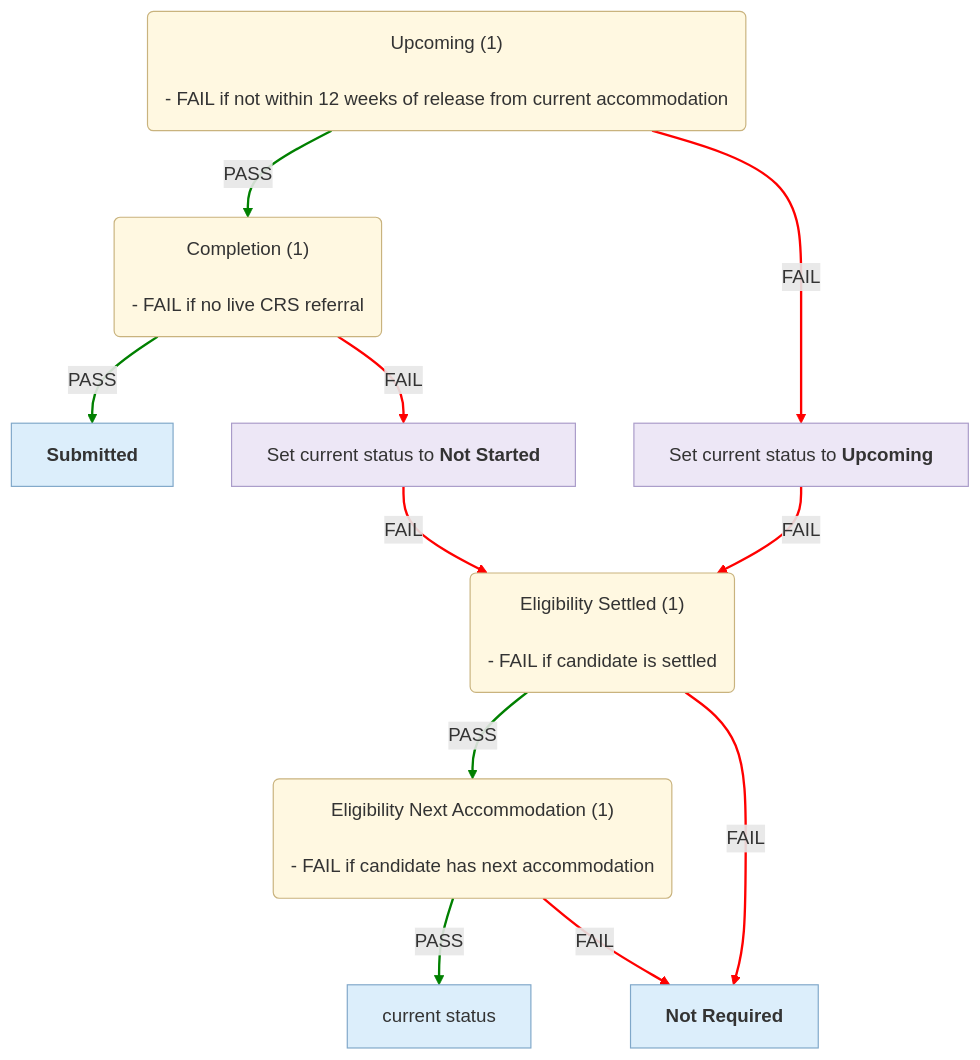
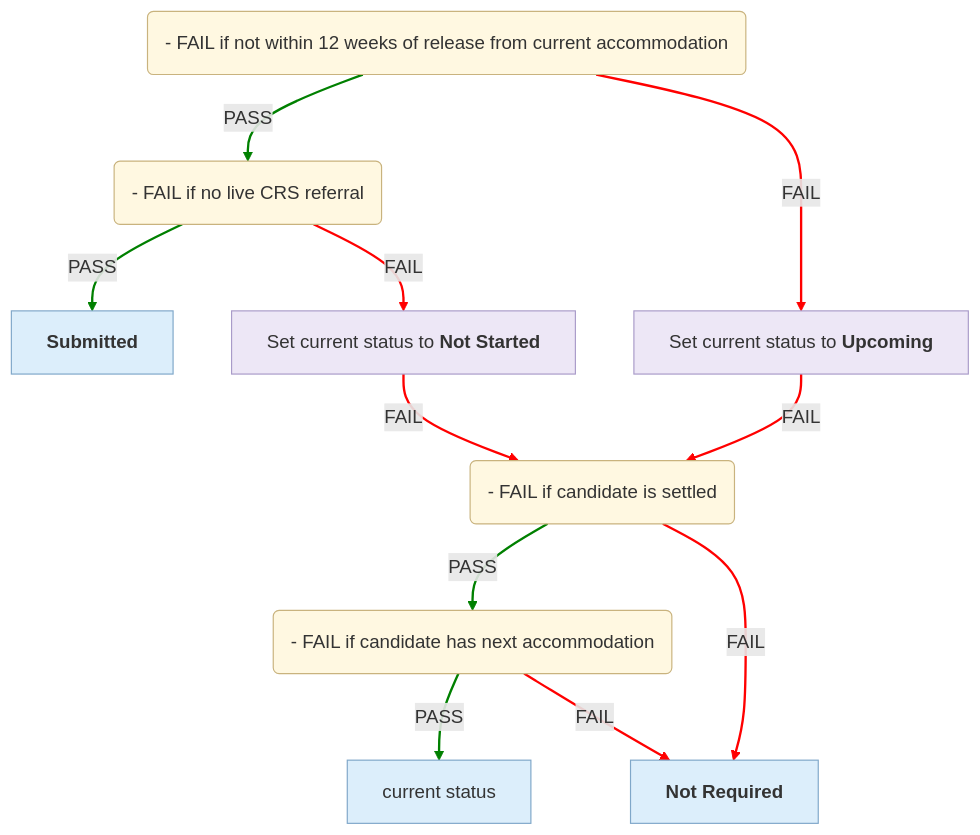
One commit to uk-gov-mirror/ministryofjustice.hmpps-single-accommodation-service-api changed the fourth of 6 diagrams in docs/eligibility-rules-graph.md. Above: the diagram before and after it, drawn with Mermaid. The commit also changed other lines of this file, not shown here.

Commit message:
chore/SAS-1532-Use-UI-statuses-in-graph-instead-of-enums

````diff
--- a/docs/eligibility-rules-graph.md
+++ b/docs/eligibility-rules-graph.md
@@ -457,39 +421,31 @@
 ```mermaid
 %%{init: {"flowchart": {"wrappingWidth": 800}}}%%
 flowchart TD
-  Upcoming("Upcoming (1)
-
-- FAIL if not within 12 weeks of release from current accommodation")
-  Completion("Completion (1)
-
-- FAIL if no live CRS referral")
+  Upcoming("- FAIL if not within 12 weeks of release from current accommodation")
+  Completion("- FAIL if no live CRS referral")
   Submitted["<b>Submitted</b>"]
   updater_Set_current_status_to_Not_Started["Set current status to <b>Not Started</b>"]
-  Eligibility_Settled("Eligibility Settled (1)
-
-- FAIL if candidate is settled")
-  Eligibility_Next_Accommodation("Eligibility Next Accommodation (1)
-
-- FAIL if candidate has next accommodation")
+  Eligibility_Settled("- FAIL if candidate is settled")
+  Eligibility_Next_Accommodation("- FAIL if candidate has next accommodation")
   current_status["current status"]
   Not_Required["<b>Not Required</b>"]
   updater_Set_current_status_to_Upcoming["Set current status to <b>Upcoming</b>"]
   Completion -->|PASS| Submitted
   Completion -->|FAIL| updater_Set_current_status_to_Not_Started
   Eligibility_Next_Accommodation -->|PASS| current_status
   Eligibility_Next_Accommodation -->|FAIL| Not_Required
   Eligibility_Settled -->|PASS| Eligibility_Next_Accommodation
   Eligibility_Settled -->|FAIL| Not_Required
   updater_Set_current_status_to_Not_Started -->|FAIL| Eligibility_Settled
   Upcoming -->|PASS| Completion
   Upcoming -->|FAIL| updater_Set_current_status_to_Upcoming
   updater_Set_current_status_to_Upcoming -->|FAIL| Eligibility_Settled
   linkStyle 0,2,4,7 stroke:green,stroke-width:2px
   linkStyle 1,3,5,6,8,9 stroke:red,stroke-width:2px
   classDef ruleSetNode fill:#FFF8E1,stroke:#C9B37E,color:#333
   classDef outcomeNode fill:#DCEEFB,stroke:#7FA7C9,color:#333
   classDef updaterNode fill:#EDE7F6,stroke:#A99BC9,color:#333
   class Upcoming,Completion,Eligibility_Settled,Eligibility_Next_Accommodation ruleSetNode
   class Submitted,current_status,Not_Required outcomeNode
   class updater_Set_current_status_to_Not_Started,updater_Set_current_status_to_Upcoming updaterNode
 ```
````
